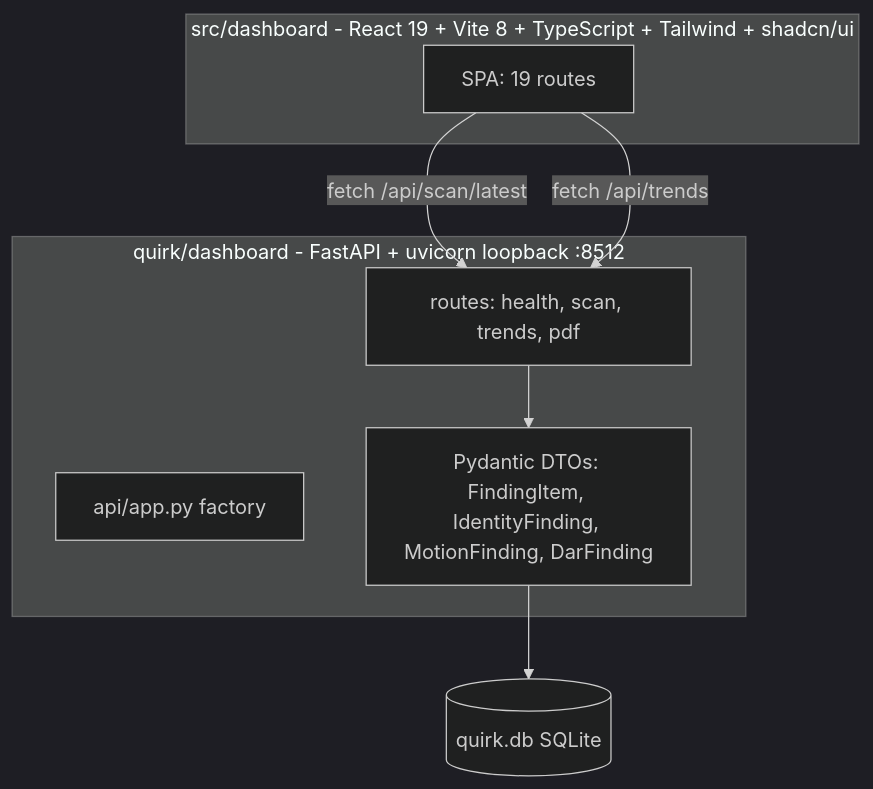
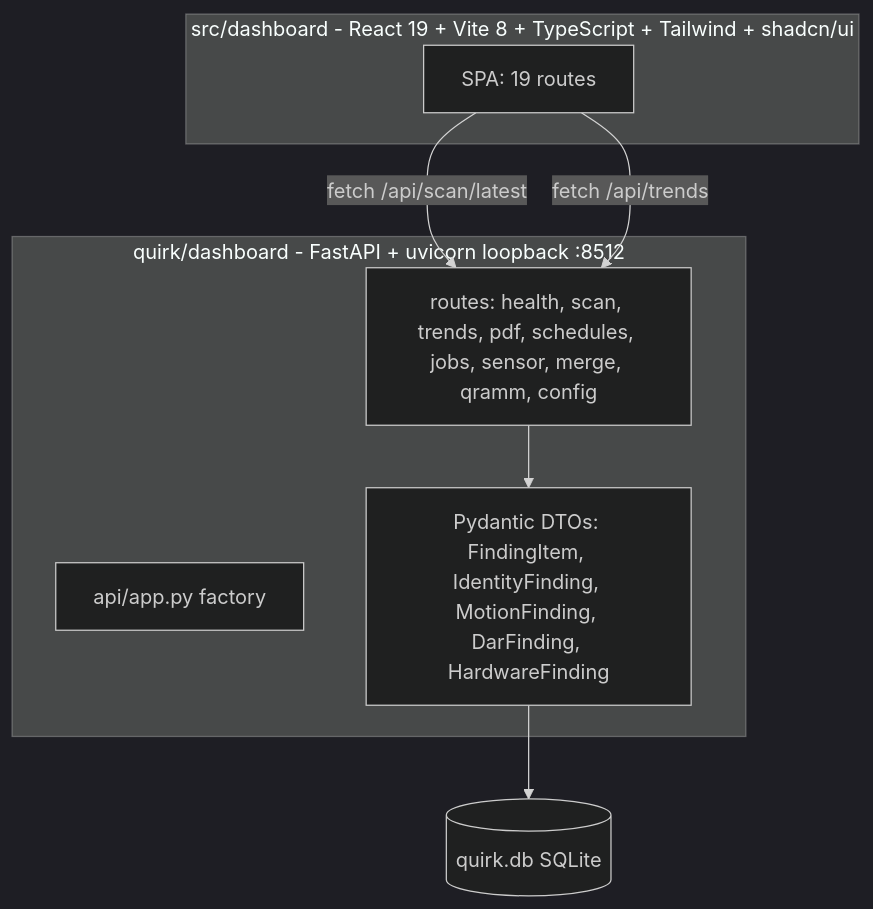
One commit to 0xD1g5/QU.I.R.K changed the third of 3 diagrams in docs/architecture.md. Above: the diagram before and after it, drawn with Mermaid (dark theme). The commit also changed other lines of this file, not shown here.

Commit message:
fix(135): WR-05 update backend route modules from four to ten and add HardwareFinding DTO

````diff
--- a/docs/architecture.md
+++ b/docs/architecture.md
@@ -139,16 +139,16 @@
 ```mermaid
 flowchart TB
   subgraph Frontend [src/dashboard - React 19 + Vite 8 + TypeScript + Tailwind + shadcn/ui]
     SPA[SPA: 19 routes]
   end
   subgraph Backend [quirk/dashboard - FastAPI + uvicorn loopback :8512]
     App[api/app.py factory]
-    Routes[routes: health, scan, trends, pdf]
-    DTO[Pydantic DTOs: FindingItem, IdentityFinding, MotionFinding, DarFinding]
+    Routes[routes: health, scan, trends, pdf, schedules, jobs, sensor, merge, qramm, config]
+    DTO[Pydantic DTOs: FindingItem, IdentityFinding, MotionFinding, DarFinding, HardwareFinding]
   end
   DB[(quirk.db SQLite)]
   SPA -->|fetch /api/scan/latest| Routes
   SPA -->|fetch /api/trends| Routes
   Routes --> DTO
   DTO --> DB
 ```
````
